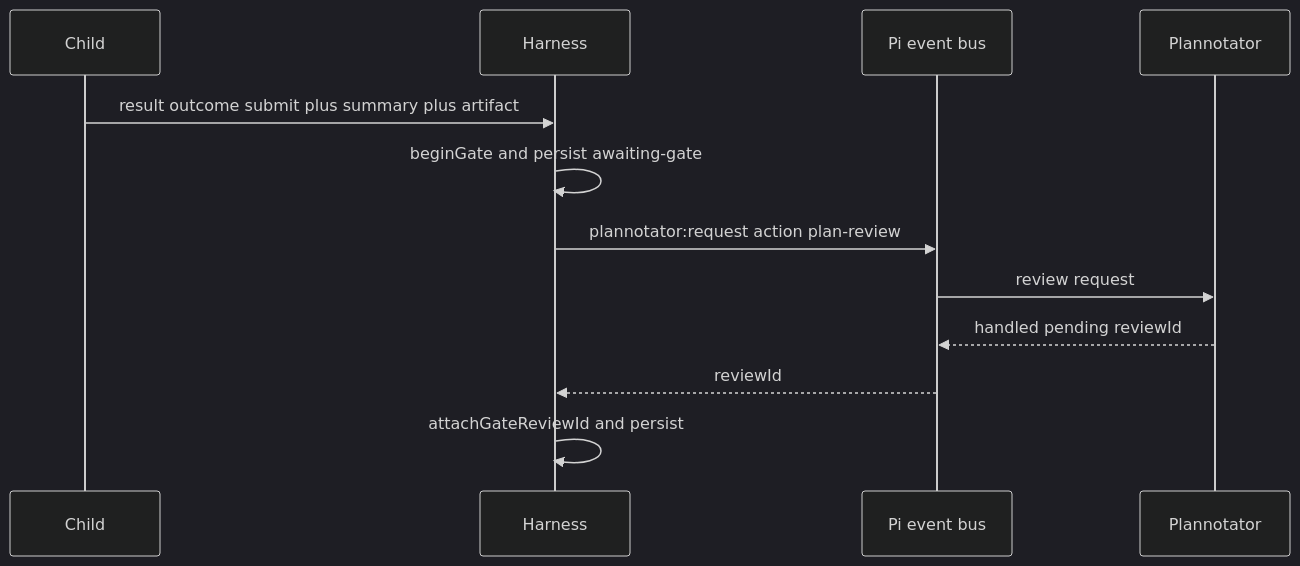
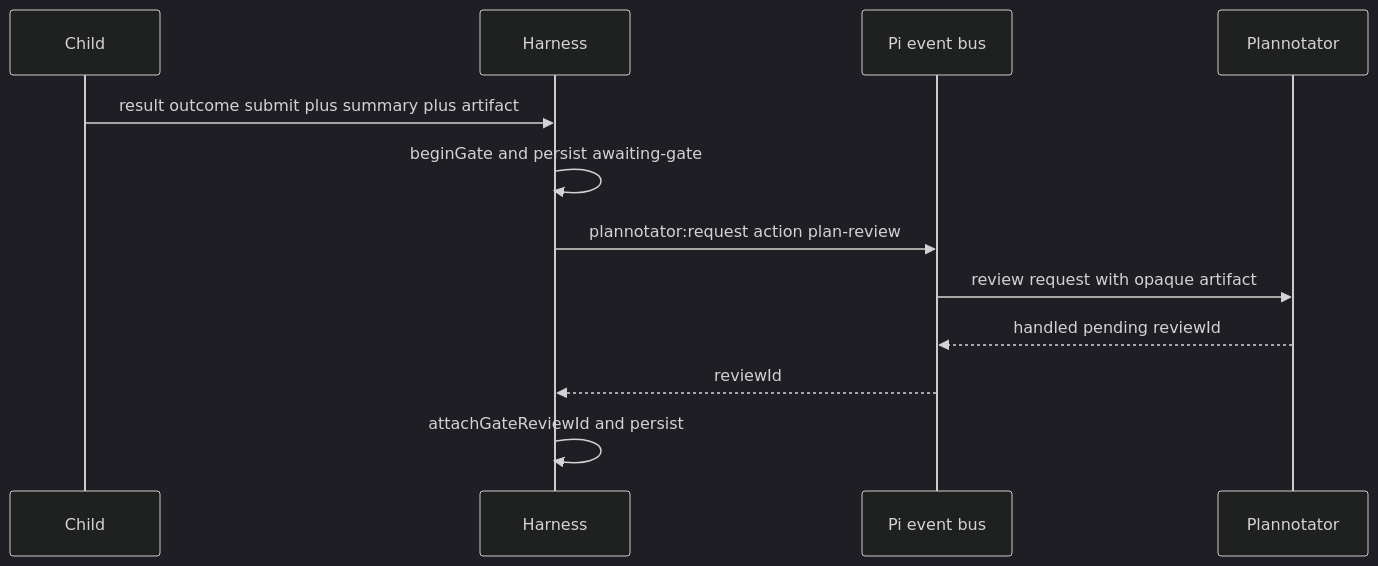
The third of 6 diagrams in openwiki/integrations/plannotator.md (wichayutdew/pi-workflows), drawn with Mermaid (dark theme) before and after one commit. The commit also changed other lines of this file and 180 other files, not shown here.

````diff
--- a/openwiki/integrations/plannotator.md
+++ b/openwiki/integrations/plannotator.md
@@ -48,15 +47,15 @@
 ```mermaid
 sequenceDiagram
   participant Child
   participant Harness
   participant Pi as Pi event bus
-  participant Plan as Plannotator
+  participant Review as Plannotator
 
   Child->>Harness: result outcome submit plus summary plus artifact
   Harness->>Harness: beginGate and persist awaiting-gate
   Harness->>Pi: plannotator:request action plan-review
-  Pi->>Plan: review request
-  Plan-->>Pi: handled pending reviewId
+  Pi->>Review: review request with opaque artifact
+  Review-->>Pi: handled pending reviewId
   Pi-->>Harness: reviewId
   Harness->>Harness: attachGateReviewId and persist
 ```
````
